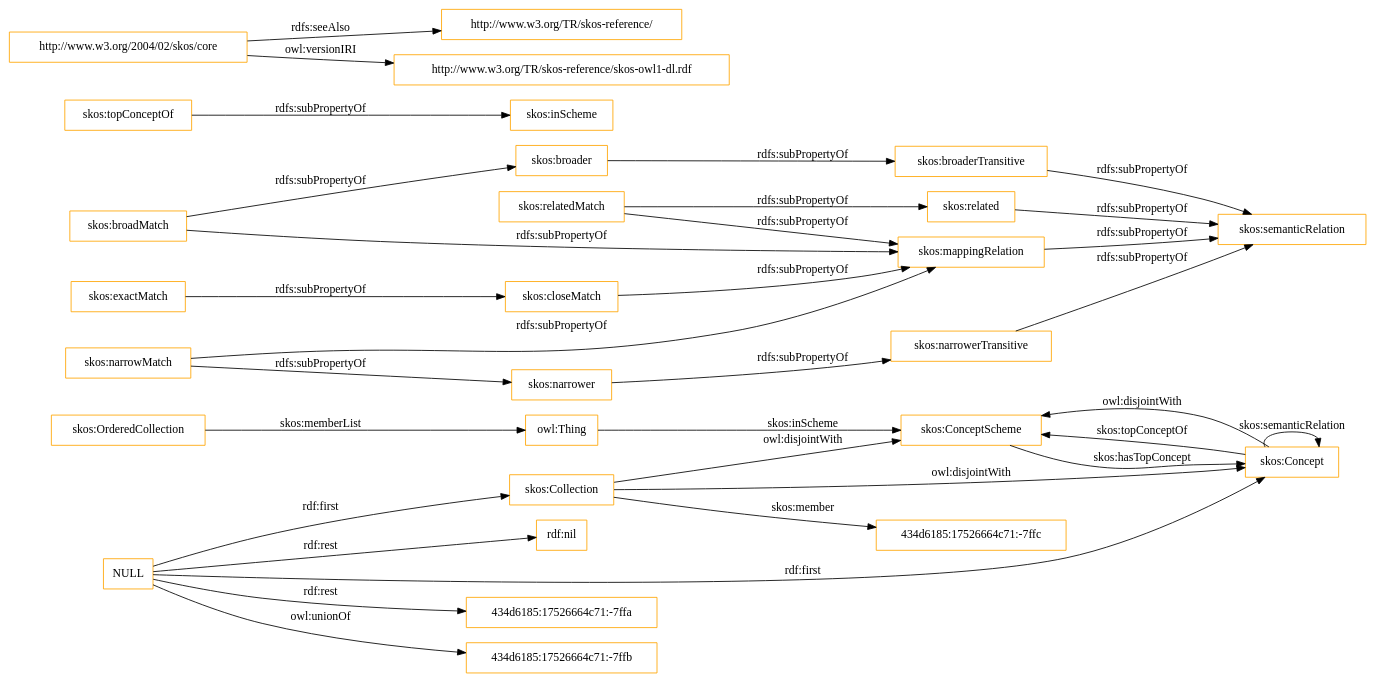
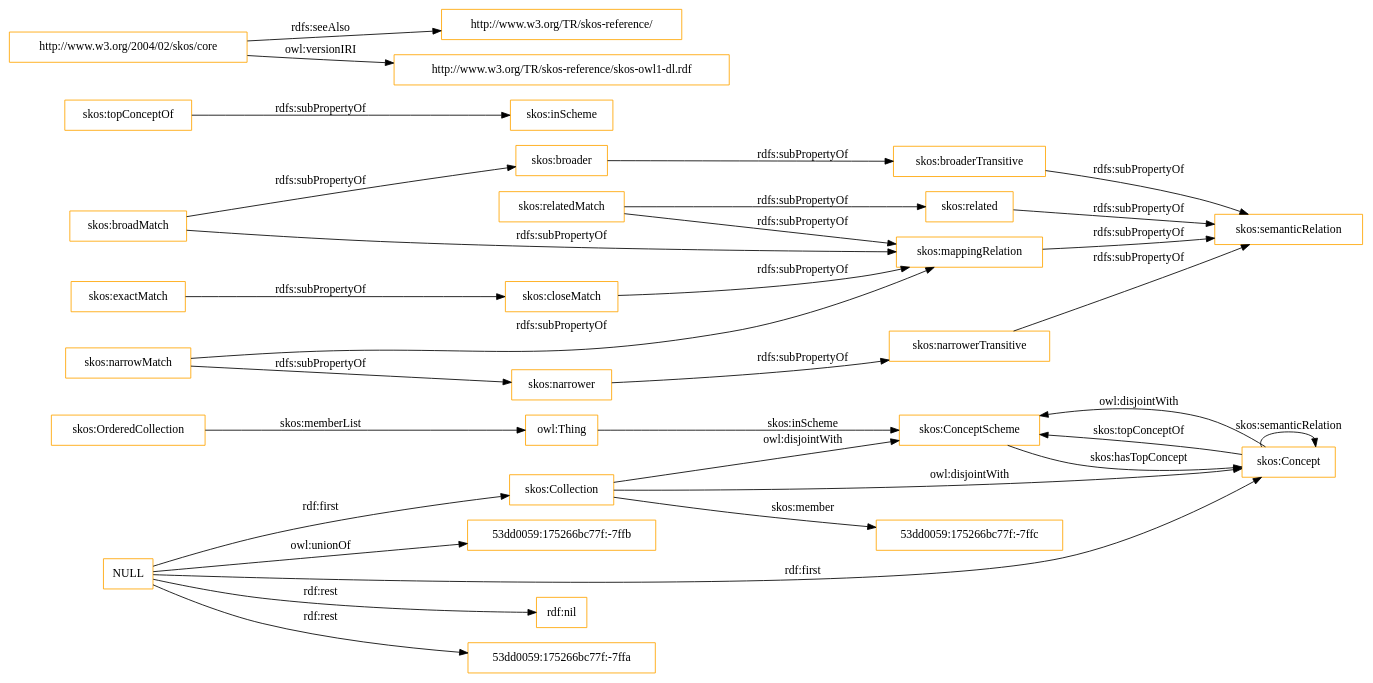
One commit to OnToologyUser/core-ontology-1 changed the diagram in OnToology/imports/skos.owl/diagrams/ar2dtool-class/skos.owl.png.dot. Above: the diagram before and after it, drawn with Graphviz. The commit also changed 14 other files, not shown here.

```diff
--- a/OnToology/imports/skos.owl/diagrams/ar2dtool-class/skos.owl.png.dot
+++ b/OnToology/imports/skos.owl/diagrams/ar2dtool-class/skos.owl.png.dot
@@ -1,37 +1,37 @@
 digraph ar2dtool_diagram { 
 rankdir=LR;
 size="1501"
-node [shape = rectangle, color="orange"]; "skos:OrderedCollection" "skos:ConceptScheme" "skos:Concept" "skos:Collection" "434d6185:17526664c71:-7ffc" ; /*classes style*/
+node [shape = rectangle, color="orange"]; "skos:OrderedCollection" "skos:ConceptScheme" "skos:Concept" "skos:Collection" "53dd0059:175266bc77f:-7ffc" ; /*classes style*/
 	"skos:narrowerTransitive" -> "skos:semanticRelation" [ label = "rdfs:subPropertyOf" ];
-	"NULL" -> "434d6185:17526664c71:-7ffa" [ label = "rdf:rest" ];
-	"NULL" -> "skos:Collection" [ label = "rdf:first" ];
-	"NULL" -> "434d6185:17526664c71:-7ffb" [ label = "owl:unionOf" ];
 	"NULL" -> "rdf:nil" [ label = "rdf:rest" ];
 	"NULL" -> "skos:Concept" [ label = "rdf:first" ];
+	"NULL" -> "53dd0059:175266bc77f:-7ffa" [ label = "rdf:rest" ];
+	"NULL" -> "skos:Collection" [ label = "rdf:first" ];
+	"NULL" -> "53dd0059:175266bc77f:-7ffb" [ label = "owl:unionOf" ];
 	"skos:closeMatch" -> "skos:mappingRelation" [ label = "rdfs:subPropertyOf" ];
 	"skos:Concept" -> "skos:ConceptScheme" [ label = "owl:disjointWith" ];
 	"skos:relatedMatch" -> "skos:related" [ label = "rdfs:subPropertyOf" ];
 	"skos:relatedMatch" -> "skos:mappingRelation" [ label = "rdfs:subPropertyOf" ];
 	"skos:related" -> "skos:semanticRelation" [ label = "rdfs:subPropertyOf" ];
 	"skos:topConceptOf" -> "skos:inScheme" [ label = "rdfs:subPropertyOf" ];
 	"skos:broadMatch" -> "skos:mappingRelation" [ label = "rdfs:subPropertyOf" ];
 	"skos:broadMatch" -> "skos:broader" [ label = "rdfs:subPropertyOf" ];
 	"skos:exactMatch" -> "skos:closeMatch" [ label = "rdfs:subPropertyOf" ];
 	"skos:broaderTransitive" -> "skos:semanticRelation" [ label = "rdfs:subPropertyOf" ];
 	"skos:broader" -> "skos:broaderTransitive" [ label = "rdfs:subPropertyOf" ];
 	"skos:mappingRelation" -> "skos:semanticRelation" [ label = "rdfs:subPropertyOf" ];
 	"http://www.w3.org/2004/02/skos/core" -> "http://www.w3.org/TR/skos-reference/" [ label = "rdfs:seeAlso" ];
 	"http://www.w3.org/2004/02/skos/core" -> "http://www.w3.org/TR/skos-reference/skos-owl1-dl.rdf" [ label = "owl:versionIRI" ];
 	"skos:Collection" -> "skos:ConceptScheme" [ label = "owl:disjointWith" ];
 	"skos:Collection" -> "skos:Concept" [ label = "owl:disjointWith" ];
 	"skos:narrower" -> "skos:narrowerTransitive" [ label = "rdfs:subPropertyOf" ];
 	"skos:narrowMatch" -> "skos:narrower" [ label = "rdfs:subPropertyOf" ];
 	"skos:narrowMatch" -> "skos:mappingRelation" [ label = "rdfs:subPropertyOf" ];
 	"skos:OrderedCollection" -> "owl:Thing" [ label = "skos:memberList" ];
 	"skos:Concept" -> "skos:ConceptScheme" [ label = "skos:topConceptOf" ];
 	"skos:Concept" -> "skos:Concept" [ label = "skos:semanticRelation" ];
-	"skos:Collection" -> "434d6185:17526664c71:-7ffc" [ label = "skos:member" ];
+	"skos:Collection" -> "53dd0059:175266bc77f:-7ffc" [ label = "skos:member" ];
 	"skos:ConceptScheme" -> "skos:Concept" [ label = "skos:hasTopConcept" ];
 	"owl:Thing" -> "skos:ConceptScheme" [ label = "skos:inScheme" ];
 
 }
```
